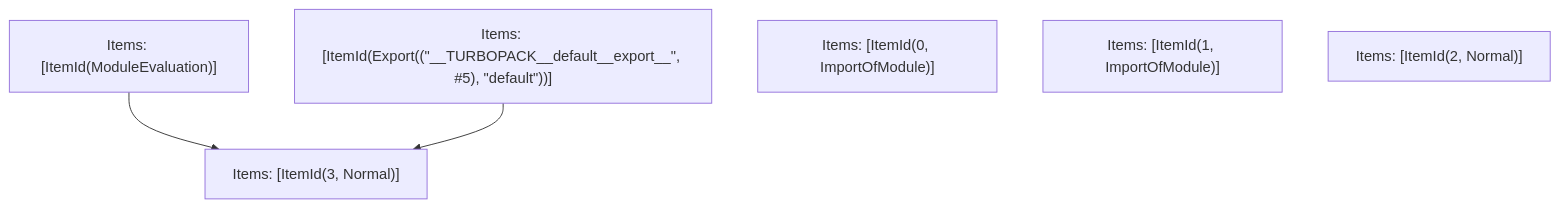
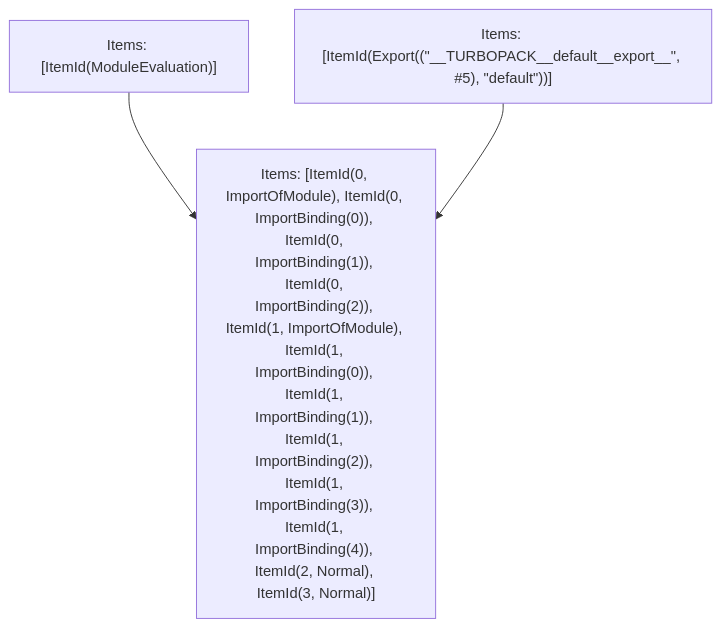
Before and after one commit to Sonar-UX-Testing-FreePlan/next.js: the fifth of 5 diagrams in turbopack/crates/turbopack-ecmascript/tests/tree-shaker/analyzer/amphtml-document/output.md, drawn with Mermaid. The commit also changed other lines of this file and 38 other files, not shown here.

````diff
--- a/turbopack/crates/turbopack-ecmascript/tests/tree-shaker/analyzer/amphtml-document/output.md
+++ b/turbopack/crates/turbopack-ecmascript/tests/tree-shaker/analyzer/amphtml-document/output.md
@@ -277,11 +277,8 @@
 ```mermaid
 graph TD
     N0["Items: [ItemId(ModuleEvaluation)]"];
     N1["Items: [ItemId(Export((&quot;__TURBOPACK__default__export__&quot;, #5), &quot;default&quot;))]"];
-    N2["Items: [ItemId(3, Normal)]"];
-    N3["Items: [ItemId(0, ImportOfModule)]"];
-    N4["Items: [ItemId(1, ImportOfModule)]"];
-    N5["Items: [ItemId(2, Normal)]"];
+    N2["Items: [ItemId(0, ImportOfModule), ItemId(0, ImportBinding(0)), ItemId(0, ImportBinding(1)), ItemId(0, ImportBinding(2)), ItemId(1, ImportOfModule), ItemId(1, ImportBinding(0)), ItemId(1, ImportBinding(1)), ItemId(1, ImportBinding(2)), ItemId(1, ImportBinding(3)), ItemId(1, ImportBinding(4)), ItemId(2, Normal), ItemId(3, Normal)]"];
     N0 --> N2;
     N1 --> N2;
 ```
````
